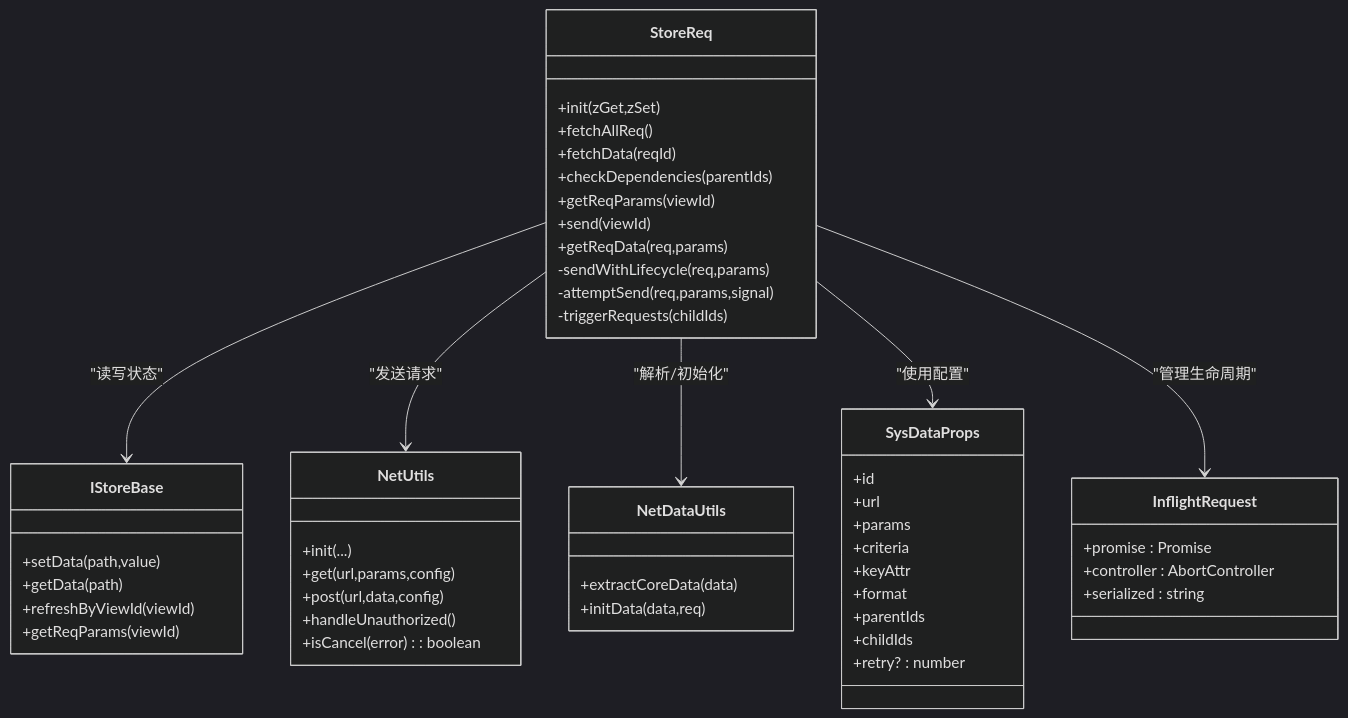
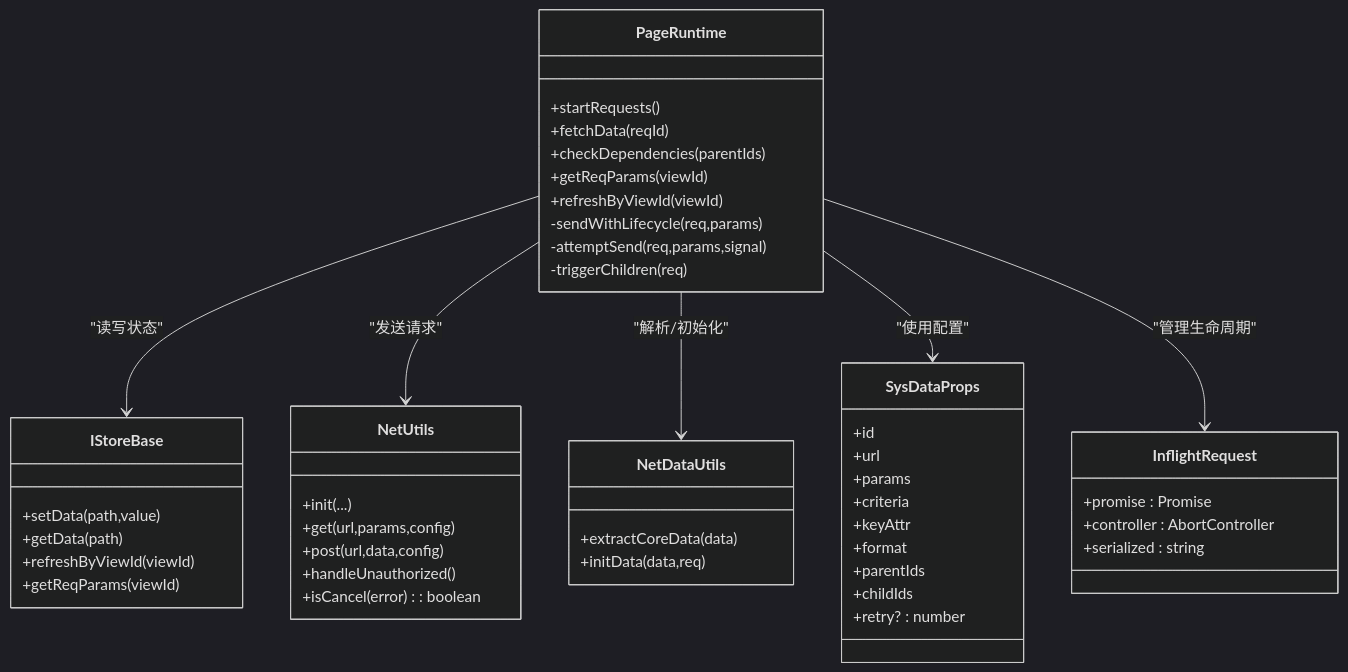
One commit to liqiongke/FrontArk changed the eighth of 8 diagrams in .qoder/repowiki/zh/content/架构设计/数据流管理/请求生命周期.md. Above: the diagram before and after it, drawn with Mermaid (dark theme). The commit also changed other lines of this file and 19 other files, not shown here.

````diff
--- a/.qoder/repowiki/zh/content/架构设计/数据流管理/请求生命周期.md
+++ b/.qoder/repowiki/zh/content/架构设计/数据流管理/请求生命周期.md
@@ -442,53 +429,51 @@
 ```mermaid
 classDiagram
-class StoreReq {
-+init(zGet,zSet)
-+fetchAllReq()
+class PageRuntime {
++startRequests()
 +fetchData(reqId)
 +checkDependencies(parentIds)
 +getReqParams(viewId)
-+send(viewId)
-+getReqData(req,params)
++refreshByViewId(viewId)
 -sendWithLifecycle(req,params)
 -attemptSend(req,params,signal)
--triggerRequests(childIds)
+-triggerChildren(req)
 }
 class InflightRequest {
 +promise : Promise<any>
 +controller : AbortController
 +serialized : string
 }
 class NetUtils {
 +init(...)
 +get(url,params,config)
 +post(url,data,config)
 +handleUnauthorized()
 +isCancel(error) : boolean
 }
 class NetDataUtils {
 +extractCoreData(data)
 +initData(data,req)
 }
 class IStoreBase {
 +setData(path,value)
 +getData(path)
 +refreshByViewId(viewId)
 +getReqParams(viewId)
 }
 class SysDataProps {
 +id
 +url
 +params
 +criteria
 +keyAttr
 +format
 +parentIds
 +childIds
 +retry? : number
 }
-StoreReq --> IStoreBase : "读写状态"
-StoreReq --> NetUtils : "发送请求"
-StoreReq --> NetDataUtils : "解析/初始化"
-StoreReq --> SysDataProps : "使用配置"
-StoreReq --> InflightRequest : "管理生命周期"
+PageRuntime --> IStoreBase : "读写状态"
+PageRuntime --> NetUtils : "发送请求"
+PageRuntime --> NetDataUtils : "解析/初始化"
+PageRuntime --> SysDataProps : "使用配置"
+PageRuntime --> InflightRequest : "管理生命周期"
 ```
````
